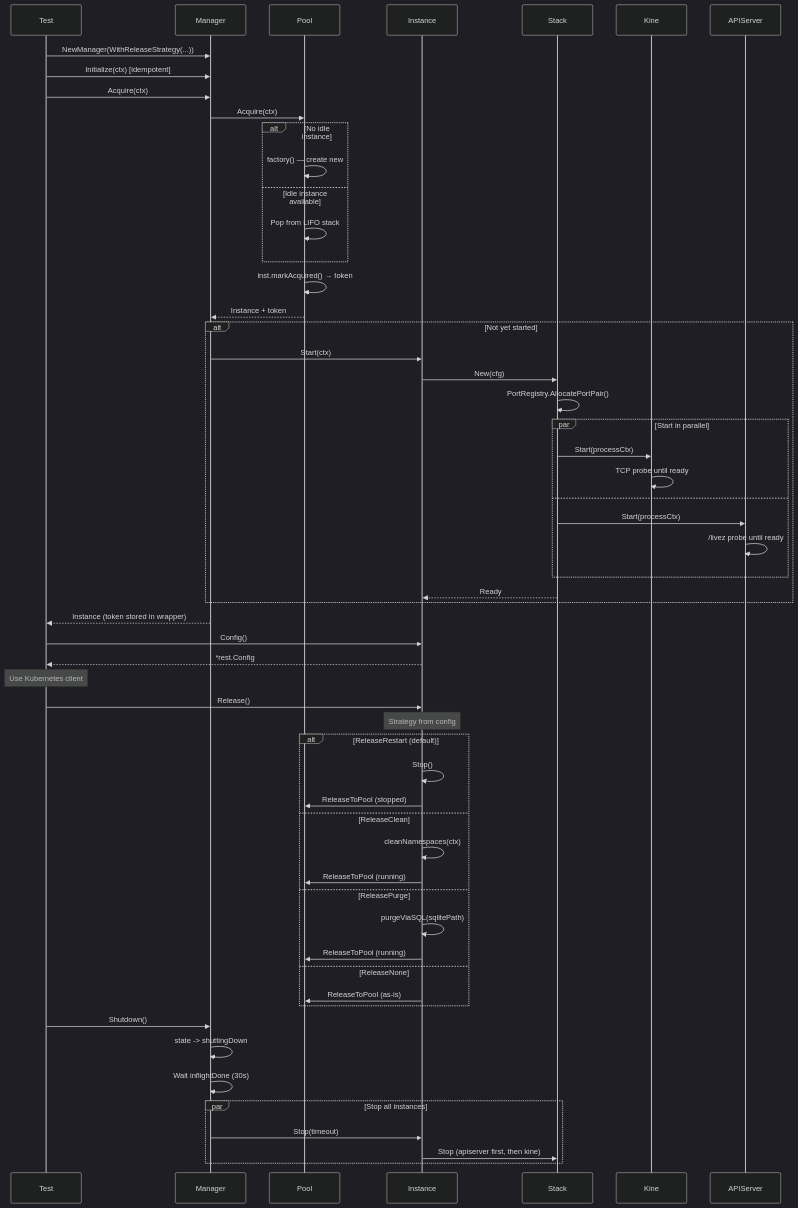
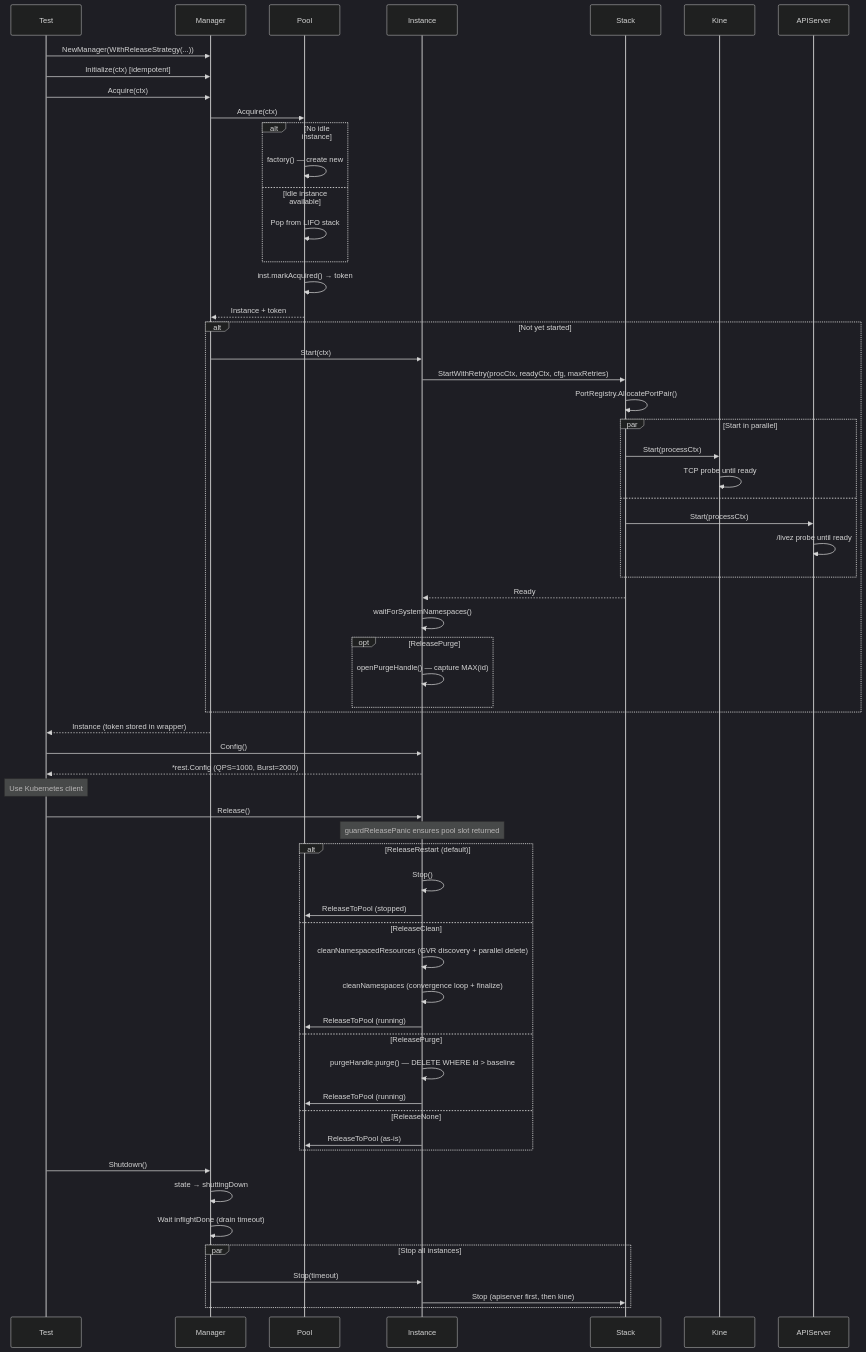
One commit to giantswarm/k8senv changed the second of 4 diagrams in docs/CODEBASE_MAP.md. Above: the diagram before and after it, drawn with Mermaid (dark theme). The commit also changed other lines of this file, not shown here.

````diff
--- a/docs/CODEBASE_MAP.md
+++ b/docs/CODEBASE_MAP.md
@@ -591,68 +635,73 @@
 ```mermaid
 sequenceDiagram
     participant Test
     participant Manager
     participant Pool
     participant Instance
     participant Stack
     participant Kine
     participant APIServer
 
     Test->>Manager: NewManager(WithReleaseStrategy(...))
     Test->>Manager: Initialize(ctx) [idempotent]
     Test->>Manager: Acquire(ctx)
     Manager->>Pool: Acquire(ctx)
 
     alt No idle instance
         Pool->>Pool: factory() — create new
     else Idle instance available
         Pool->>Pool: Pop from LIFO stack
     end
 
     Pool->>Pool: inst.markAcquired() → token
     Pool-->>Manager: Instance + token
 
     alt Not yet started
         Manager->>Instance: Start(ctx)
-        Instance->>Stack: New(cfg)
+        Instance->>Stack: StartWithRetry(procCtx, readyCtx, cfg, maxRetries)
         Stack->>Stack: PortRegistry.AllocatePortPair()
         par Start in parallel
             Stack->>Kine: Start(processCtx)
             Kine->>Kine: TCP probe until ready
         and
             Stack->>APIServer: Start(processCtx)
             APIServer->>APIServer: /livez probe until ready
         end
         Stack-->>Instance: Ready
+        Instance->>Instance: waitForSystemNamespaces()
+        opt ReleasePurge
+            Instance->>Instance: openPurgeHandle() — capture MAX(id)
+        end
     end
 
     Manager-->>Test: Instance (token stored in wrapper)
 
     Test->>Instance: Config()
-    Instance-->>Test: *rest.Config
+    Instance-->>Test: *rest.Config (QPS=1000, Burst=2000)
     Note over Test: Use Kubernetes client
 
     Test->>Instance: Release()
-    Note over Instance: Strategy from config
+    Note over Instance: guardReleasePanic ensures pool slot returned
 
     alt ReleaseRestart (default)
         Instance->>Instance: Stop()
         Instance->>Pool: ReleaseToPool (stopped)
     else ReleaseClean
-        Instance->>Instance: cleanNamespaces(ctx)
+        Instance->>Instance: cleanNamespacedResources (GVR discovery + parallel delete)
+        Instance->>Instance: cleanNamespaces (convergence loop + finalize)
         Instance->>Pool: ReleaseToPool (running)
     else ReleasePurge
-        Instance->>Instance: purgeViaSQL(sqlitePath)
+        Instance->>Instance: purgeHandle.purge() — DELETE WHERE id > baseline
         Instance->>Pool: ReleaseToPool (running)
     else ReleaseNone
         Instance->>Pool: ReleaseToPool (as-is)
     end
 
     Test->>Manager: Shutdown()
-    Manager->>Manager: state -> shuttingDown
-    Manager->>Manager: Wait inflightDone (30s)
+    Manager->>Manager: state → shuttingDown
+    Manager->>Manager: Wait inflightDone (drain timeout)
     par Stop all instances
         Manager->>Instance: Stop(timeout)
         Instance->>Stack: Stop (apiserver first, then kine)
     end
 ```
````
